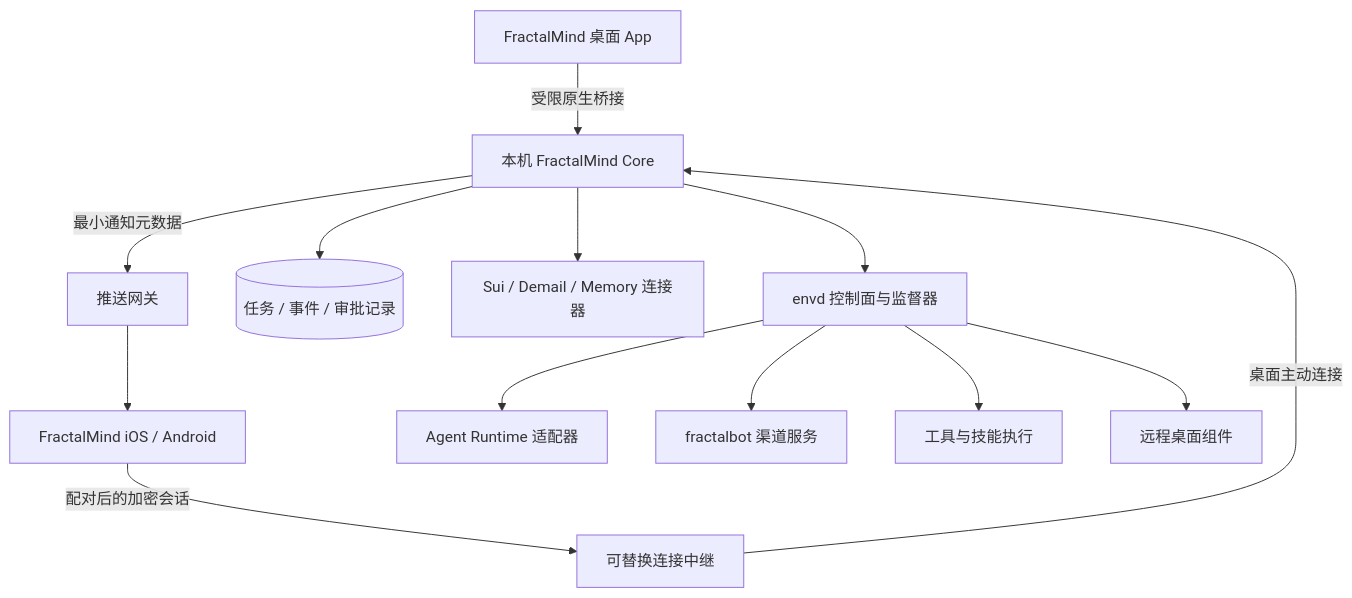
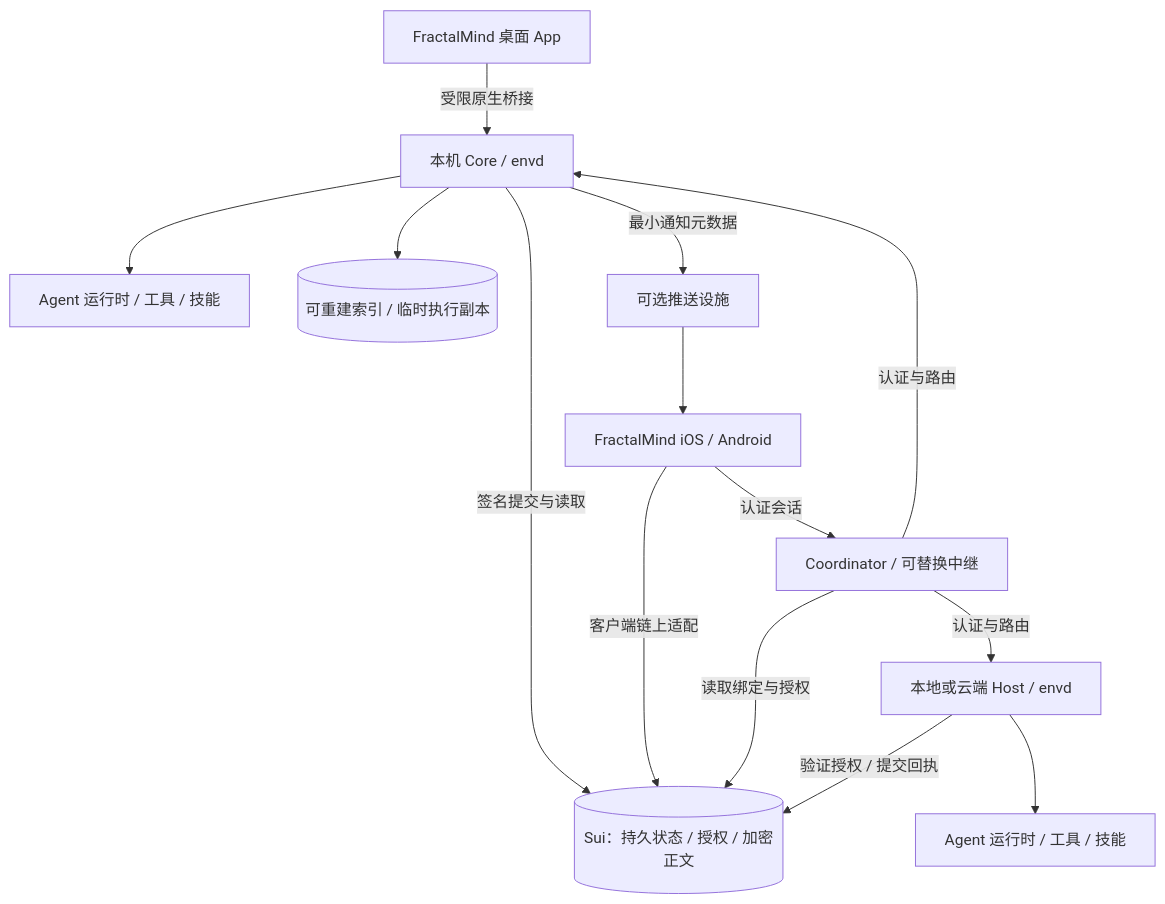
One commit to fractalmind-labs/fractalmind-os changed the second of 2 diagrams in docs/fractalmind-app-plan.md. Above: the diagram before and after it, drawn with Mermaid. The commit also changed other lines of this file and 1 other file, not shown here.

Commit message:
docs(app): align plan and PRD with prototype 15

````diff
--- a/docs/fractalmind-app-plan.md
+++ b/docs/fractalmind-app-plan.md
@@ -126,15 +134,16 @@
 ```mermaid
 flowchart TB
-    D[FractalMind 桌面 App] -->|受限原生桥接| C[本机 FractalMind Core]
-    M[FractalMind iOS / Android] -->|配对后的加密会话| R[可替换连接中继]
-    R -->|桌面主动连接| C
-    C --> E[envd 控制面与监督器]
-    E --> A[Agent Runtime 适配器]
-    E --> B[fractalbot 渠道服务]
-    E --> T[工具与技能执行]
-    E --> V[远程桌面组件]
-    C --> DB[(任务 / 事件 / 审批记录)]
-    C --> P[Sui / Demail / Memory 连接器]
-    C -->|最小通知元数据| N[推送网关]
+    D[FractalMind 桌面 App] -->|受限原生桥接| C[本机 Core / envd]
+    M[FractalMind iOS / Android] -->|认证会话| R[Coordinator / 可替换中继]
+    R -->|认证与路由| C
+    R -->|认证与路由| H[本地或云端 Host / envd]
+    C --> A[Agent 运行时 / 工具 / 技能]
+    H --> A2[Agent 运行时 / 工具 / 技能]
+    C --> X[(可重建索引 / 临时执行副本)]
+    C -->|签名提交与读取| S[(Sui：持久状态 / 授权 / 加密正文)]
+    M -->|客户端链上适配| S
+    R -->|读取绑定与授权| S
+    H -->|验证授权 / 提交回执| S
+    C -->|最小通知元数据| N[可选推送设施]
     N --> M
 ```
````
